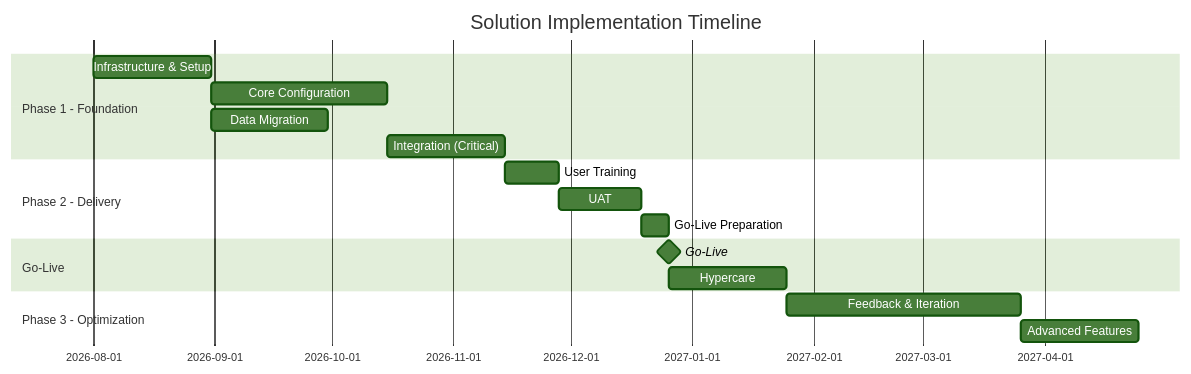
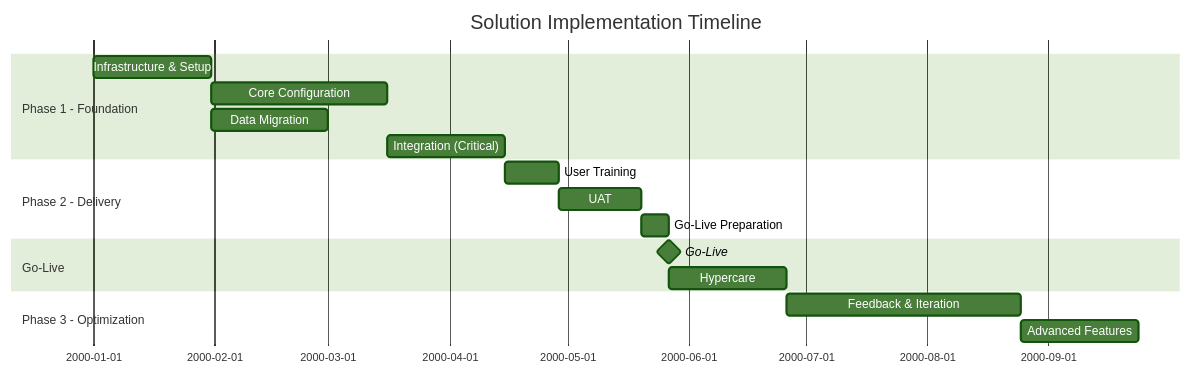
The second of 2 diagrams in document-template/01_Business_Analysis_and_strategy/Solution-Recommendation.md (oat431/swe-knowledge), drawn with Mermaid (forest theme) before and after one commit. The commit also changed 56 other files, not shown here.

````diff
--- a/document-template/01_Business_Analysis_and_strategy/Solution-Recommendation.md
+++ b/document-template/01_Business_Analysis_and_strategy/Solution-Recommendation.md
@@ -223,20 +223,21 @@
 ```mermaid
 gantt
     title Solution Implementation Timeline
     dateFormat YYYY-MM-DD
+    %% Placeholder schedule: base 2000-01-01 = project start; recompute real dates when instantiating
     section Phase 1 - Foundation
-    Infrastructure & Setup    :a1, 2026-08-01, 30d
+    Infrastructure & Setup    :a1, 2000-01-01, 30d
     Core Configuration        :a2, after a1, 45d
     Data Migration            :a3, after a1, 30d
     Integration (Critical)    :a4, after a2, 30d
     section Phase 2 - Delivery
     User Training             :b1, after a4, 14d
     UAT                       :b2, after b1, 21d
     Go-Live Preparation       :b3, after b2, 7d
     section Go-Live
     Go-Live                   :milestone, after b3, 0d
     Hypercare                 :b4, after b3, 30d
     section Phase 3 - Optimization
     Feedback & Iteration      :c1, after b4, 60d
     Advanced Features         :c2, after c1, 30d
 ```
````
